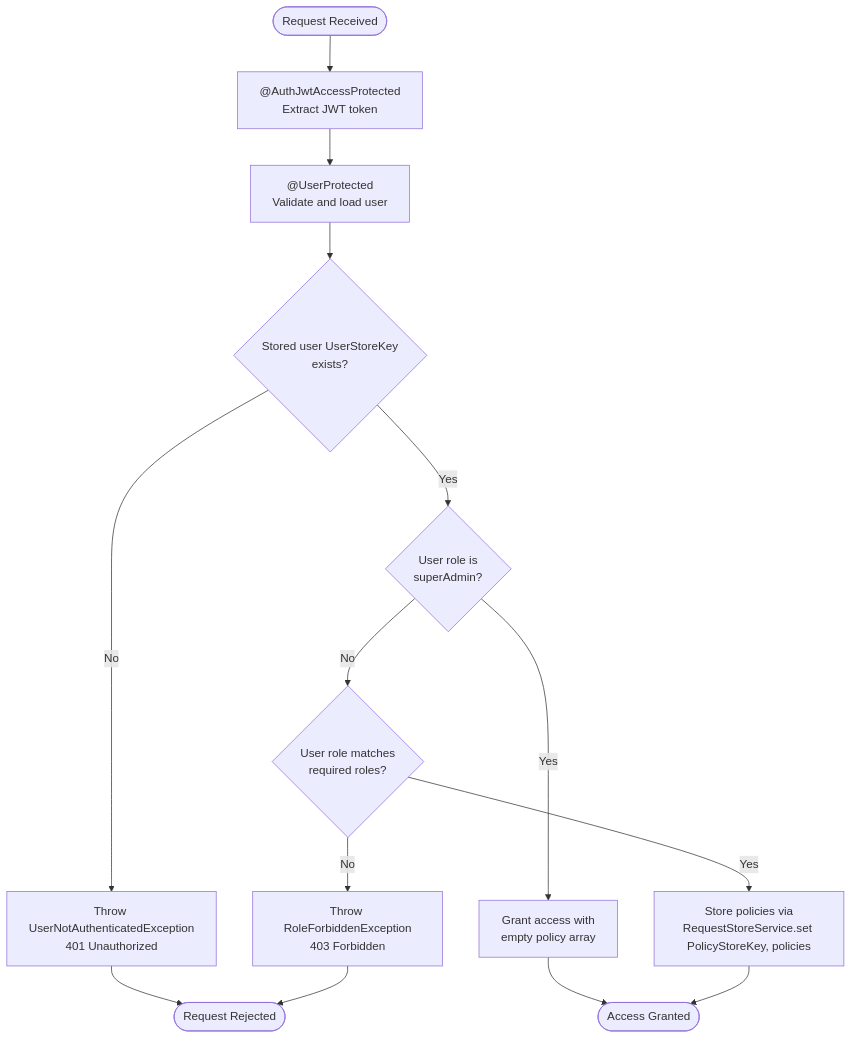
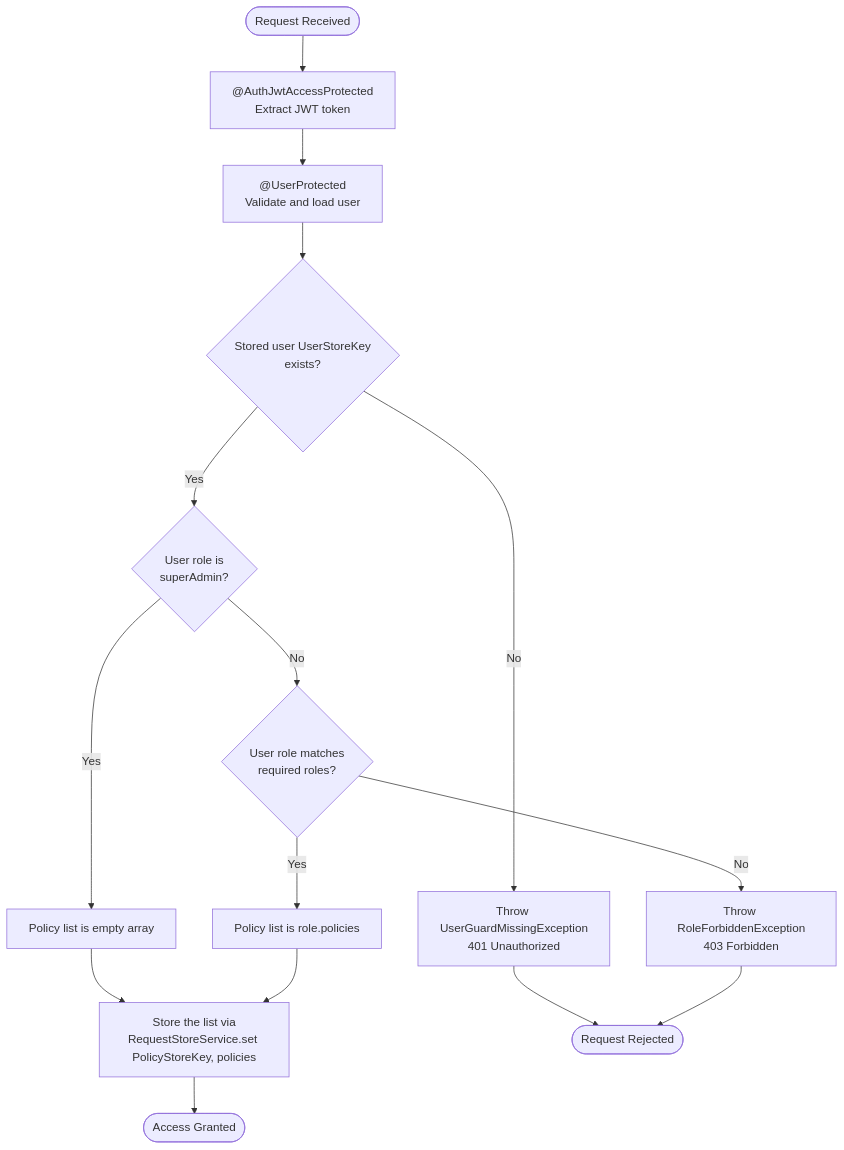
The second of 5 diagrams in docs/authorization.md (andrechristikan/ack-nestjs-boilerplate), drawn with Mermaid before and after one commit. The commit also changed other lines of this file and 29 other files, not shown here.

Commit message:
docs: Sync docs with guard store exceptions, inline orderBy, boot failure, and job state re-publish

````diff
--- a/docs/authorization.md
+++ b/docs/authorization.md
@@ -329,21 +369,22 @@
 ```mermaid
 flowchart TD
     Start([Request Received]) --> JwtGuard[ @AuthJwtAccessProtected<br/>Extract JWT token]
     JwtGuard --> UserGuard[ @UserProtected<br/>Validate and load user]
     UserGuard --> CheckUser{Stored user UserStoreKey<br/>exists?}
 
-    CheckUser -->|No| ErrorUser[Throw UserNotAuthenticatedException<br/>401 Unauthorized]
+    CheckUser -->|No| ErrorUser[Throw UserGuardMissingException<br/>401 Unauthorized]
     CheckUser -->|Yes| CheckSuperAdmin{User role is<br/>superAdmin?}
 
-    CheckSuperAdmin -->|Yes| GrantSuperAdmin[Grant access with<br/>empty policy array]
+    CheckSuperAdmin -->|Yes| EmptyPolicies[Policy list is empty array]
     CheckSuperAdmin -->|No| CheckRoleMatch{User role matches<br/>required roles?}
 
     CheckRoleMatch -->|No| ErrorForbidden[Throw RoleForbiddenException<br/>403 Forbidden]
-    CheckRoleMatch -->|Yes| SetAbilities[Store policies via<br/>RequestStoreService.set PolicyStoreKey, policies]
+    CheckRoleMatch -->|Yes| RolePolicies[Policy list is role.policies]
 
-    GrantSuperAdmin --> Success([Access Granted])
-    SetAbilities --> Success
+    EmptyPolicies --> SetAbilities[Store the list via<br/>RequestStoreService.set PolicyStoreKey, policies]
+    RolePolicies --> SetAbilities
+    SetAbilities --> Success([Access Granted])
 
     ErrorUser --> End([Request Rejected])
     ErrorForbidden --> End
 ```
````
